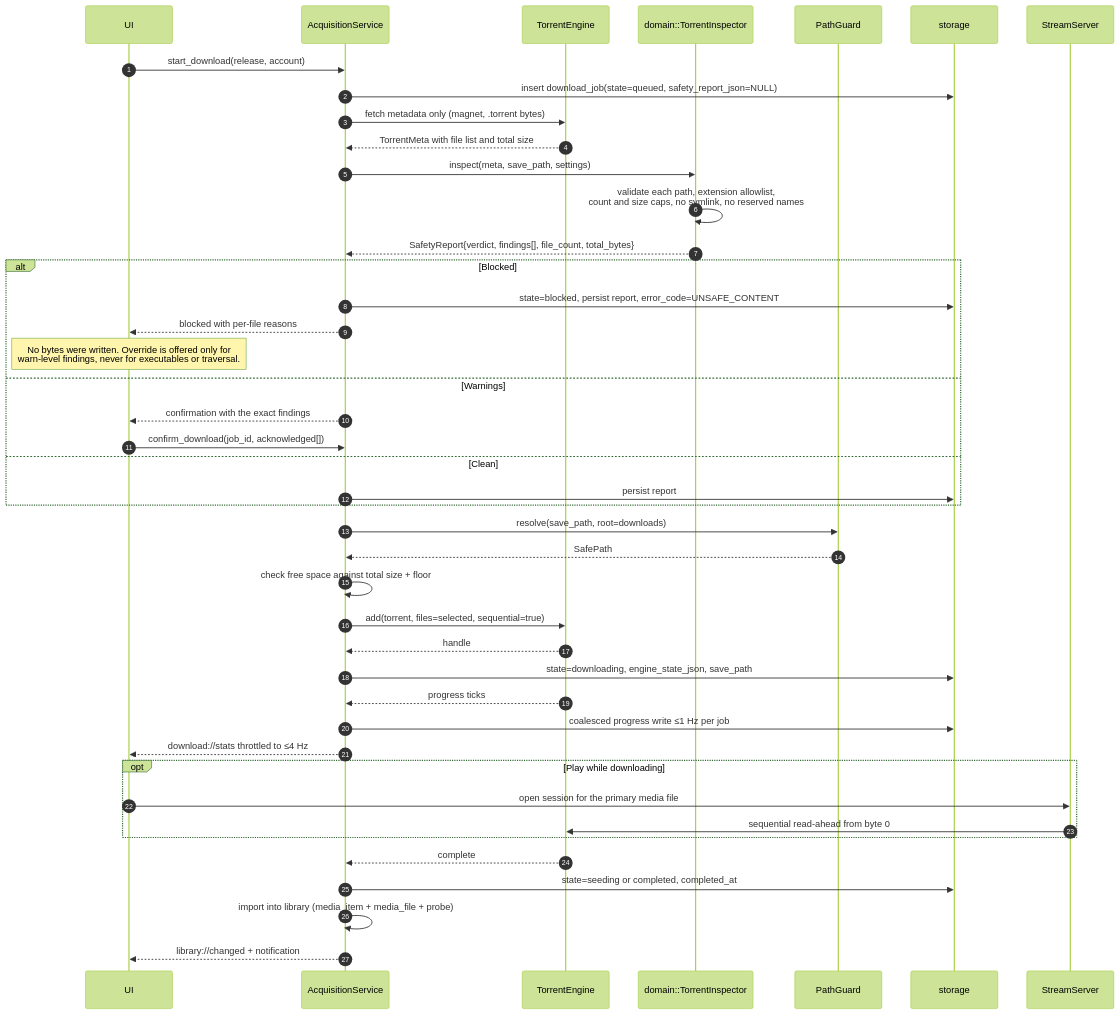
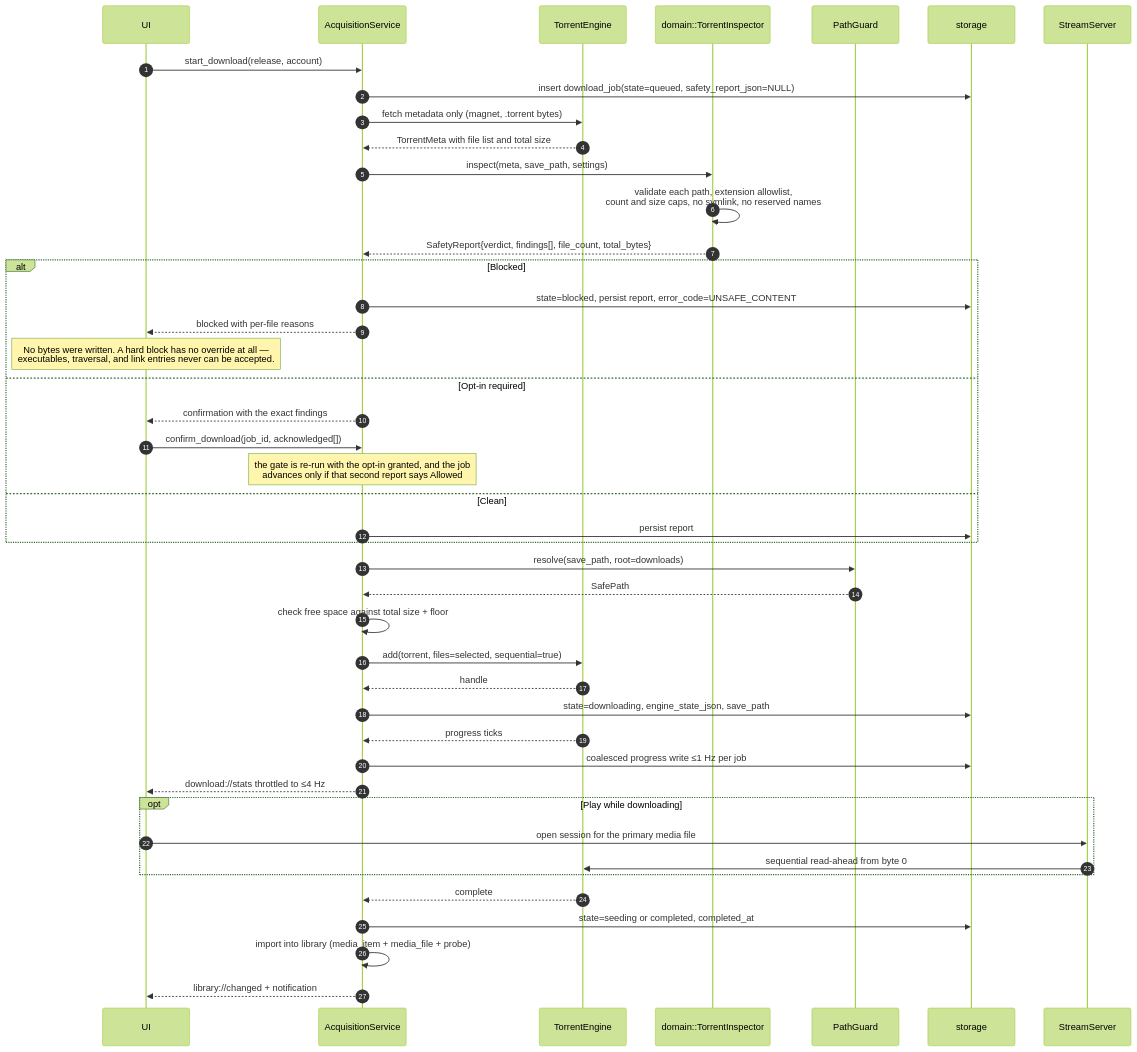
Before and after one commit to DavidNgugi/peregrine: the sixth of 20 diagrams in docs/FLOWS.md, drawn with Mermaid (forest theme). The commit also changed other lines of this file and 2 other files, not shown here.

First line of the commit message:
docs(flows): a queued download must be cancellable, and the gate has no warn level

````diff
--- a/docs/FLOWS.md
+++ b/docs/FLOWS.md
@@ -244,51 +244,52 @@
 ```mermaid
 sequenceDiagram
     autonumber
     participant UI
     participant Acq as AcquisitionService
     participant Eng as TorrentEngine
     participant Gate as domain::TorrentInspector
     participant Perm as PathGuard
     participant DB as storage
     participant Stream as StreamServer
 
     UI->>Acq: start_download(release, account)
     Acq->>DB: insert download_job(state=queued, safety_report_json=NULL)
     Acq->>Eng: fetch metadata only (magnet, .torrent bytes)
     Eng-->>Acq: TorrentMeta with file list and total size
 
     Acq->>Gate: inspect(meta, save_path, settings)
     Gate->>Gate: validate each path, extension allowlist,<br/>count and size caps, no symlink, no reserved names
     Gate-->>Acq: SafetyReport{verdict, findings[], file_count, total_bytes}
 
     alt Blocked
         Acq->>DB: state=blocked, persist report, error_code=UNSAFE_CONTENT
         Acq-->>UI: blocked with per-file reasons
-        Note over UI: No bytes were written. Override is offered only for<br/>warn-level findings, never for executables or traversal.
-    else Warnings
+        Note over UI: No bytes were written. A hard block has no override at all —<br/>executables, traversal, and link entries never can be accepted.
+    else Opt-in required
         Acq-->>UI: confirmation with the exact findings
         UI->>Acq: confirm_download(job_id, acknowledged[])
+        Note over Acq: the gate is re-run with the opt-in granted, and the job<br/>advances only if that second report says Allowed
     else Clean
         Acq->>DB: persist report
     end
 
     Acq->>Perm: resolve(save_path, root=downloads)
     Perm-->>Acq: SafePath
     Acq->>Acq: check free space against total size + floor
     Acq->>Eng: add(torrent, files=selected, sequential=true)
     Eng-->>Acq: handle
     Acq->>DB: state=downloading, engine_state_json, save_path
     Eng-->>Acq: progress ticks
     Acq->>DB: coalesced progress write ≤1 Hz per job
     Acq-->>UI: download://stats throttled to ≤4 Hz
 
     opt Play while downloading
         UI->>Stream: open session for the primary media file
         Stream->>Eng: sequential read-ahead from byte 0
     end
 
     Eng-->>Acq: complete
     Acq->>DB: state=seeding or completed, completed_at
     Acq->>Acq: import into library (media_item + media_file + probe)
     Acq-->>UI: library://changed + notification
 ```
````
